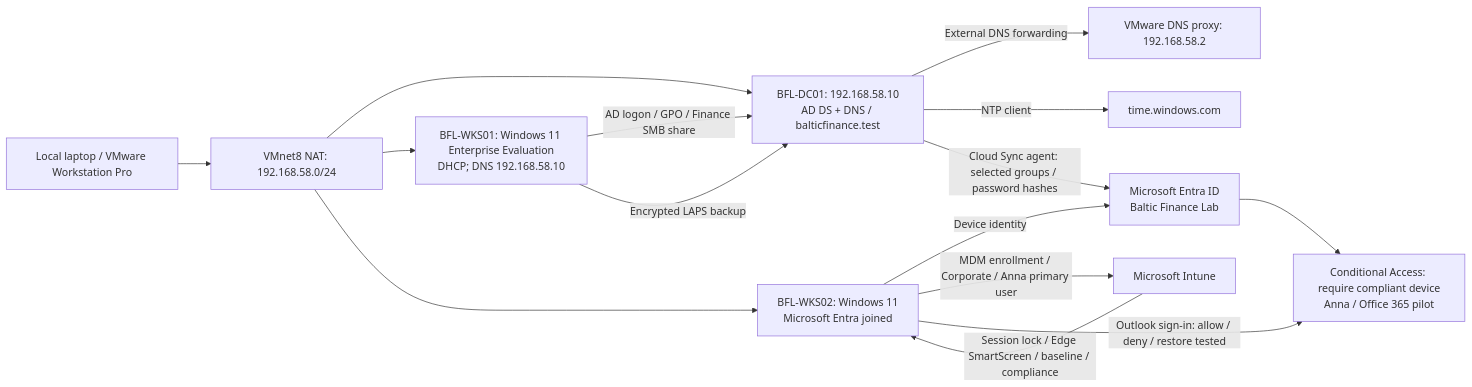
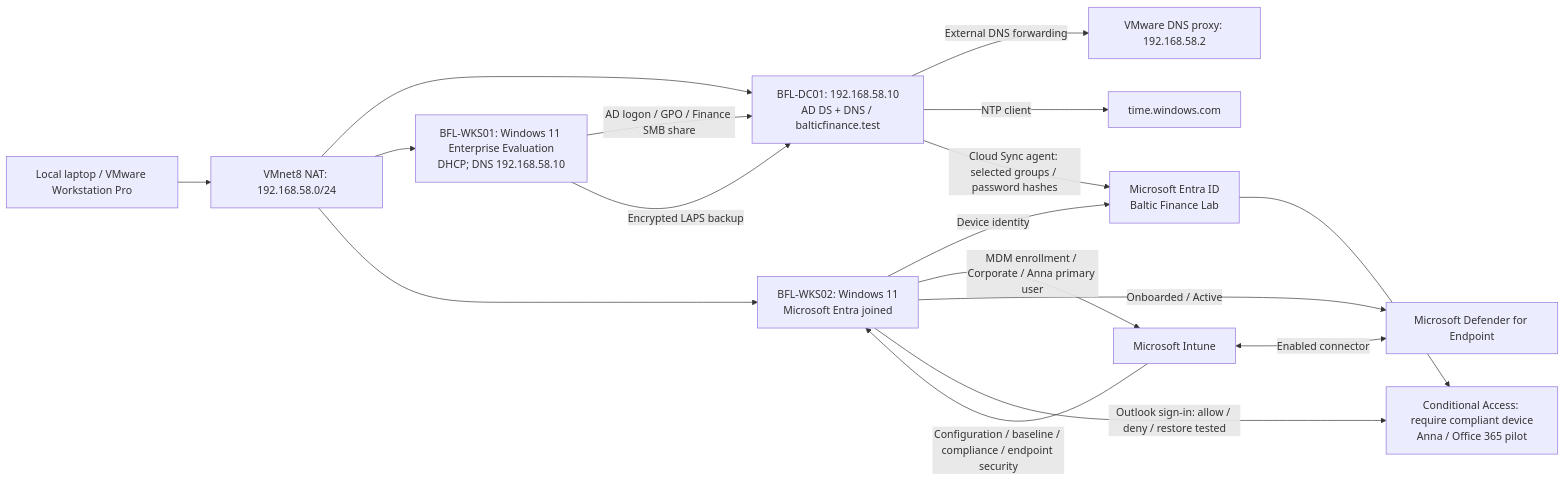
One commit to krzysztof-szot/hybrid-enterprise-security-project changed the diagram in README.md. Above: the diagram before and after it, drawn with Mermaid. The commit also changed other lines of this file and 6 other files, not shown here.

Commit message:
Document Day 09 endpoint security tests and optional MDE controls

````diff
--- a/README.md
+++ b/README.md
@@ -29,17 +30,19 @@
 ```mermaid
 flowchart LR
     Host["Local laptop / VMware Workstation Pro"] --> NAT["VMnet8 NAT: 192.168.58.0/24"]
     NAT --> DC["BFL-DC01: 192.168.58.10\nAD DS + DNS / balticfinance.test"]
     NAT --> WKS["BFL-WKS01: Windows 11 Enterprise Evaluation\nDHCP; DNS 192.168.58.10"]
     NAT --> WKS2["BFL-WKS02: Windows 11\nMicrosoft Entra joined"]
     WKS2 -->|"Device identity"| Entra
     WKS2 -->|"MDM enrollment / Corporate / Anna primary user"| Intune["Microsoft Intune"]
-    Intune -->|"Session lock / Edge SmartScreen / baseline / compliance"| WKS2
+    Intune -->|"Configuration / baseline / compliance / endpoint security"| WKS2
+    Intune <-->|"Enabled connector"| MDE["Microsoft Defender for Endpoint"]
+    WKS2 -->|"Onboarded / Active"| MDE
     Entra --> CA["Conditional Access: require compliant device\nAnna / Office 365 pilot"]
     WKS2 -->|"Outlook sign-in: allow / deny / restore tested"| CA
     WKS -->|"AD logon / GPO / Finance SMB share"| DC
     DC -->|"External DNS forwarding"| DNS["VMware DNS proxy: 192.168.58.2"]
     DC -->|"NTP client"| NTP["time.windows.com"]
     WKS -->|"Encrypted LAPS backup"| DC
     DC -->|"Cloud Sync agent: selected groups / password hashes"| Entra["Microsoft Entra ID\nBaltic Finance Lab"]
 ```
````
